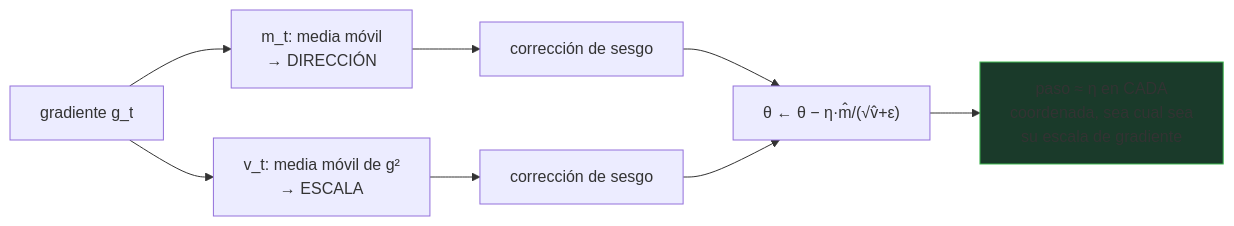
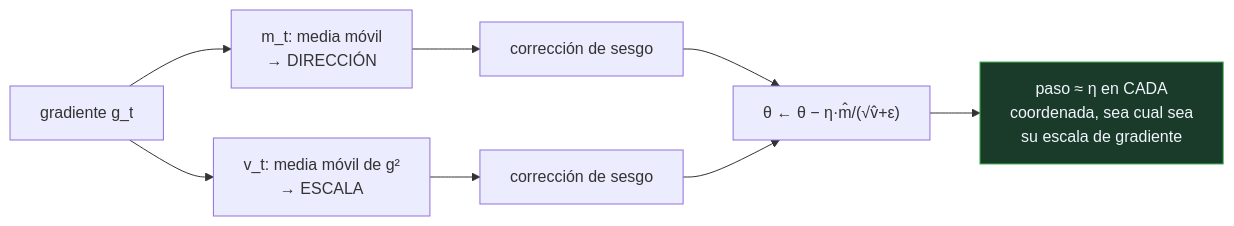
Before and after one commit to vladimiracunadev-create/artificial-intelligence-evolution-program: the diagram in papers/foundational/P41_adam/README.md, drawn with Mermaid. The commit also changed 27 other files, not shown here.

First line of the commit message:
Compilaciones: Windows en tres formatos y APK versionado; contraste de diagramas

````diff
--- a/papers/foundational/P41_adam/README.md
+++ b/papers/foundational/P41_adam/README.md
@@ -85,11 +85,11 @@
 ```mermaid
 flowchart LR
     G["gradiente g_t"] --> M["m_t: media móvil<br/>→ DIRECCIÓN"]
     G --> V["v_t: media móvil de g²<br/>→ ESCALA"]
     M --> C1["corrección de sesgo"]
     V --> C2["corrección de sesgo"]
     C1 --> P["θ ← θ − η·m̂/(√v̂+ε)"]
     C2 --> P
     P --> R["paso ≈ η en CADA<br/>coordenada, sea cual sea<br/>su escala de gradiente"]
-    style R fill:#1a3a2a,stroke:#3fb950
+    style R fill:#1a3a2a,stroke:#3fb950,color:#f0f6fc
 ```
````
